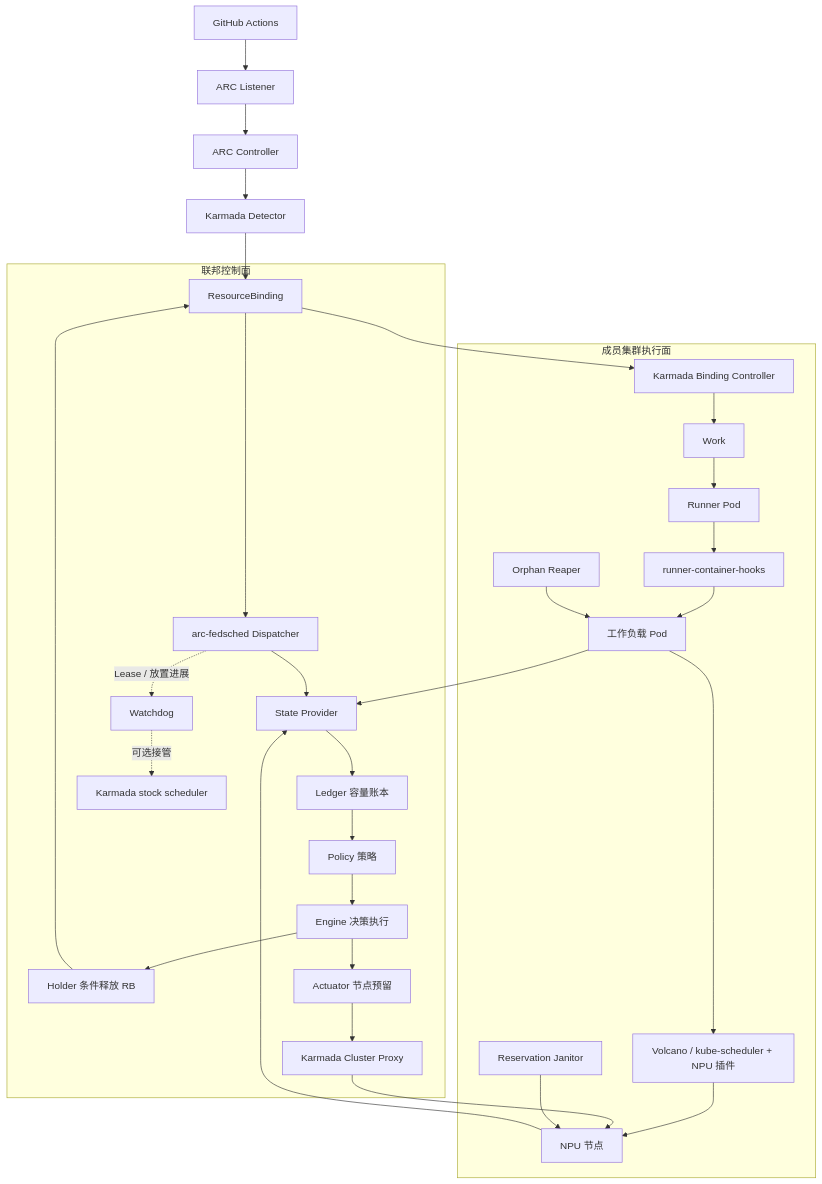
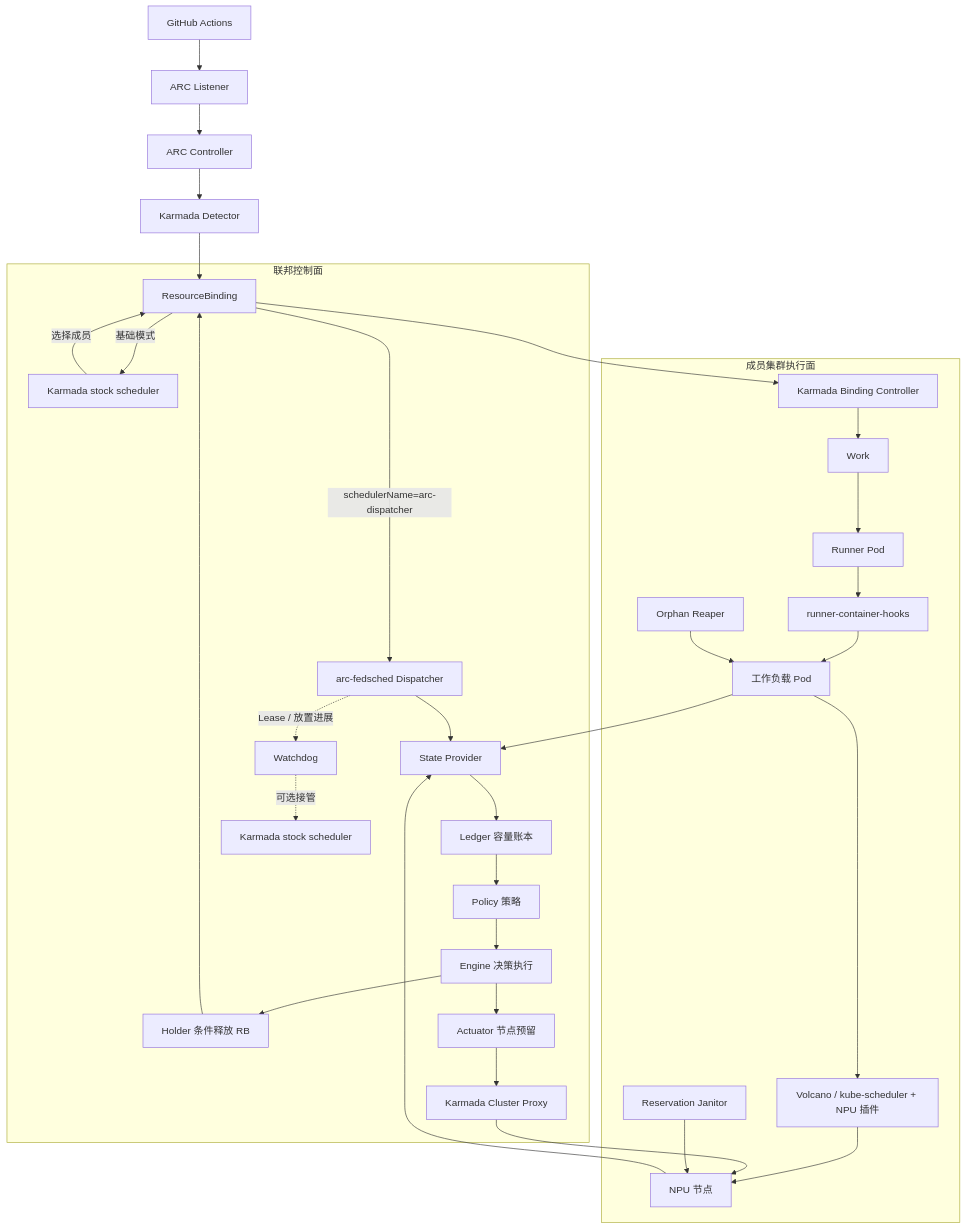
One commit to pkking/arc-karmada-test changed the third of 13 diagrams in docs/KARMADA-ARC-SUBSYSTEM-DESIGN.md. Above: the diagram before and after it, drawn with Mermaid. The commit also changed other lines of this file, not shown here.

Commit message:
docs: tighten technical wording and clarify scheduler paths

````diff
--- a/docs/KARMADA-ARC-SUBSYSTEM-DESIGN.md
+++ b/docs/KARMADA-ARC-SUBSYSTEM-DESIGN.md
@@ -133,36 +133,38 @@
 ```mermaid
 flowchart TB
     GH["GitHub Actions"] --> L["ARC Listener"]
     L --> C["ARC Controller"]
     C --> D["Karmada Detector"]
     D --> RB["ResourceBinding"]
 
     subgraph CP["联邦控制面"]
-        RB --> DISP["arc-fedsched Dispatcher"]
+        RB -->|"基础模式"| KS["Karmada stock scheduler"]
+        KS -->|"选择成员"| RB
+        RB -->|"schedulerName=arc-dispatcher"| DISP["arc-fedsched Dispatcher"]
         DISP --> SP["State Provider"]
         SP --> LED["Ledger 容量账本"]
         LED --> POL["Policy 策略"]
         POL --> ENG["Engine 决策执行"]
         ENG --> HOLD["Holder 条件释放 RB"]
         HOLD --> RB
         ENG --> ACT["Actuator 节点预留"]
         ACT --> PROXY["Karmada Cluster Proxy"]
         DISP -. "Lease / 放置进展" .-> WD["Watchdog"]
         WD -. "可选接管" .-> STOCK["Karmada stock scheduler"]
     end
 
     subgraph MC["成员集群执行面"]
         RB --> BC["Karmada Binding Controller"]
         BC --> WORK["Work"]
         WORK --> RP["Runner Pod"]
         RP --> HOOK["runner-container-hooks"]
         HOOK --> WP["工作负载 Pod"]
         WP --> SCH["Volcano / kube-scheduler + NPU 插件"]
         SCH --> NODE["NPU 节点"]
         NODE --> SP
         WP --> SP
         PROXY --> NODE
         JAN["Reservation Janitor"] --> NODE
         REAP["Orphan Reaper"] --> WP
     end
 ```
````
